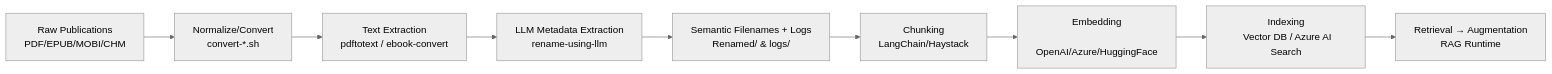
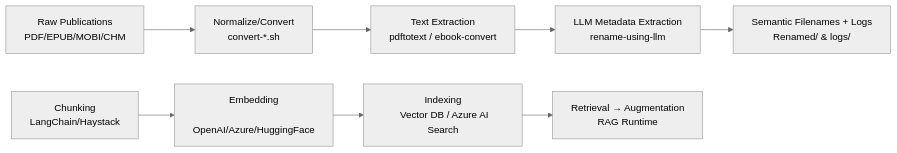
One commit to ngpepin/LLM-rename-ebooks changed the diagram in README.md. Above: the diagram before and after it, drawn with Mermaid (neutral theme). The commit also changed other lines of this file, not shown here.

Commit message:
Update README for text extraction and normalization
Clarify text extraction tools and normalize format descriptions.

````diff
--- a/README.md
+++ b/README.md
@@ -21,20 +21,20 @@
 ```mermaid
 flowchart LR
   A[Raw Publications
   PDF/EPUB/MOBI/CHM] --> B[Normalize/Convert
   convert-*.sh]
   B --> C[Text Extraction
   pdftotext / ebook-convert]
   C --> D[LLM Metadata Extraction
   rename-using-llm]
   D --> E[Semantic Filenames + Logs
   Renamed/ & logs/]
-  E --> F[Chunking
+  F[Chunking
   LangChain/Haystack]
   F --> G[Embedding
   OpenAI/Azure/HuggingFace]
   G --> H[Indexing
   Vector DB / Azure AI Search]
   H --> I[Retrieval → Augmentation
   RAG Runtime]
 ```
````
